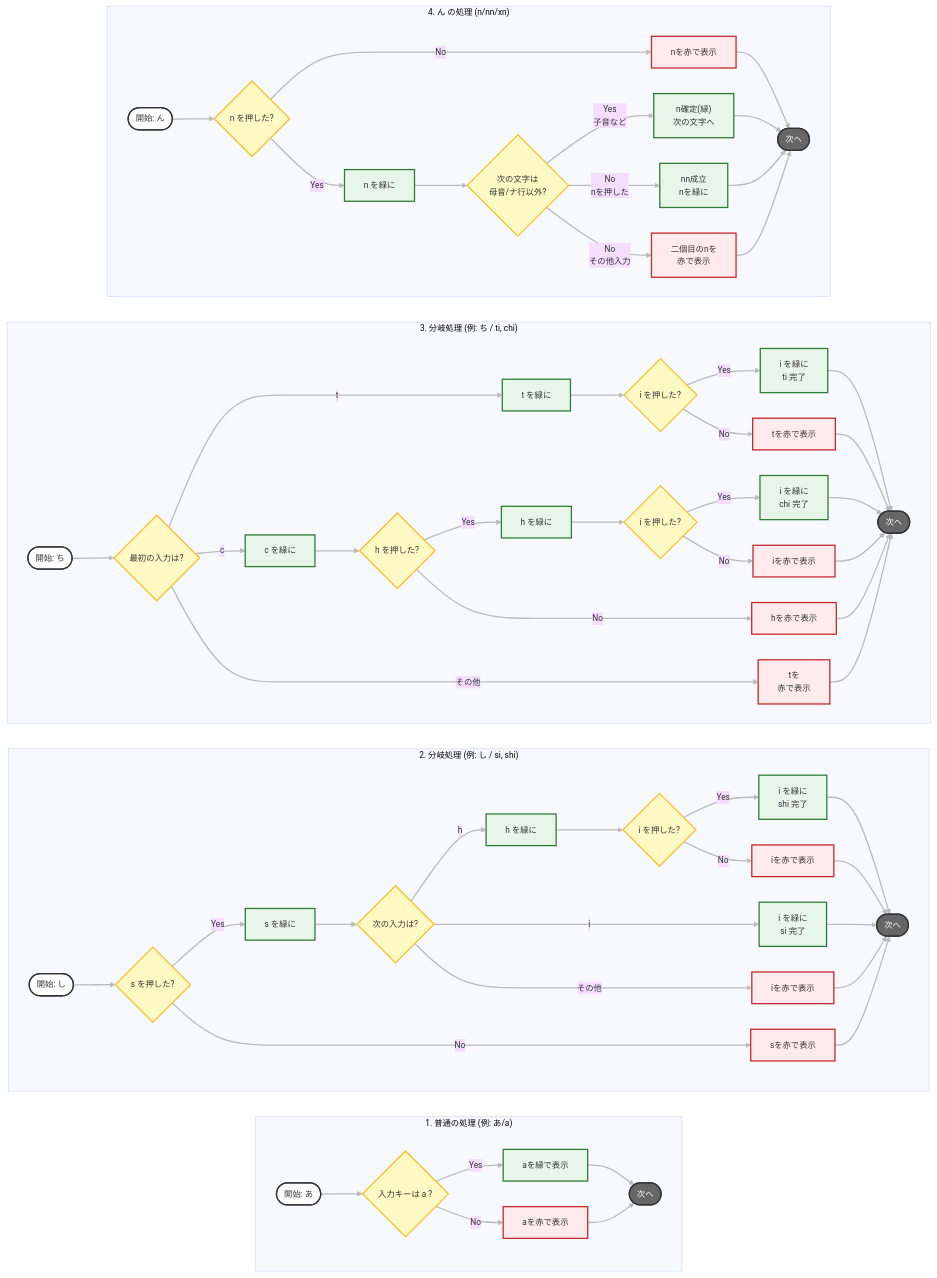
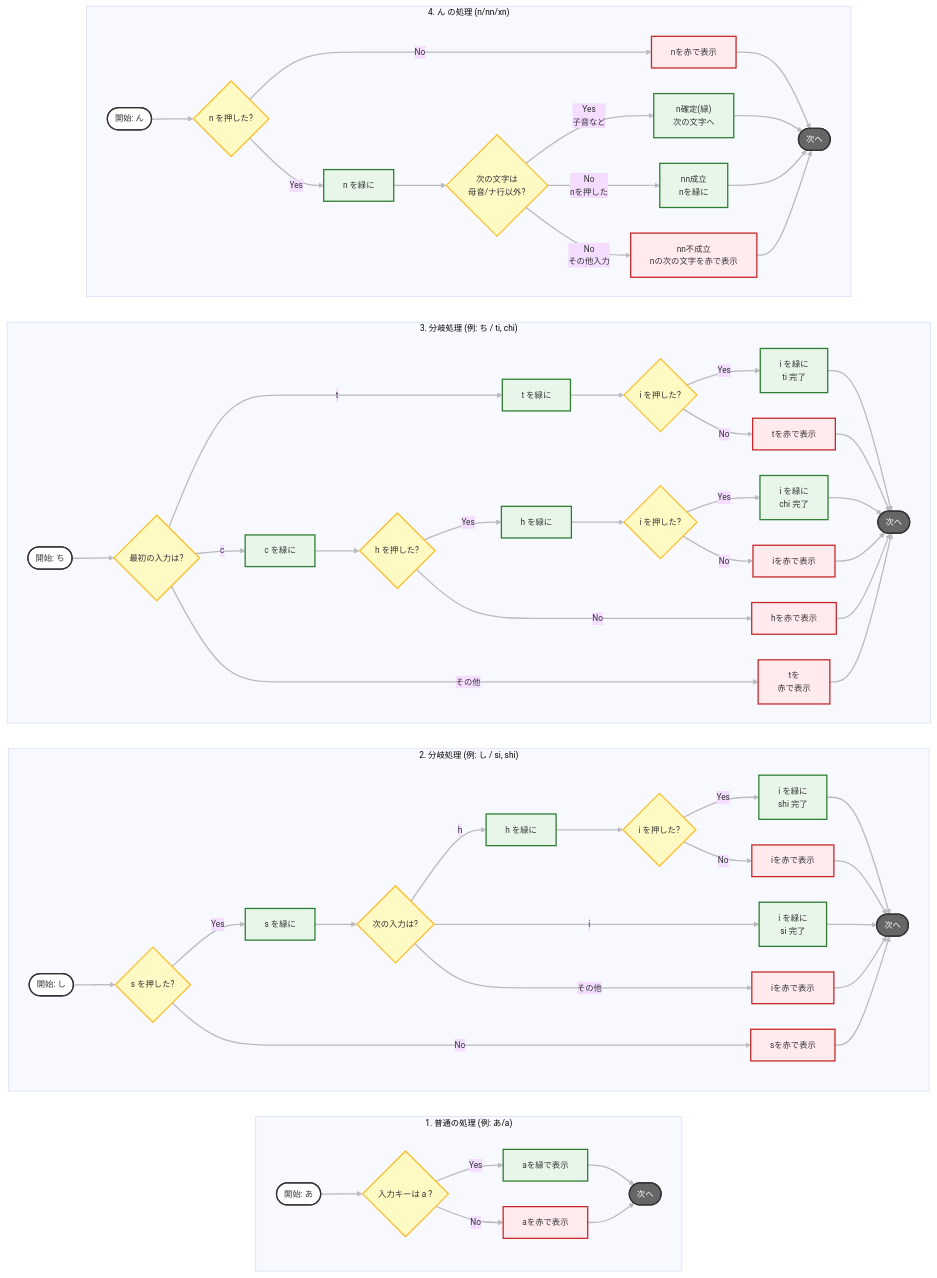
The third of 6 diagrams in documents/Typing_Document.md (mori-3-desu/Typing-game), drawn with Mermaid before and after one commit. The commit also changed other lines of this file and 22 other files, not shown here.

```diff
--- a/documents/Typing_Document.md
+++ b/documents/Typing_Document.md
@@ -160,7 +160,7 @@
     %% デザイン定義
     classDef default fill:#ffffff,stroke:#333,stroke-width:2px;
 
-    %% === 【ここを変更しました】ひし形（判定）を黄色に変更 ===
+    %% === ひし形（判定）を黄色に変更 ===
     classDef decision fill:#fff9c4,stroke:#fbc02d,stroke-width:2px;
 
     %% 成功（緑）のスタイル定義
@@ -317,7 +317,7 @@
         class Green_N2 process
 
         %% 2文字目ミス
-        Check_Next -- "No <br>その他入力" --> Error_N2[二個目のnを<br/>赤で表示]
+        Check_Next -- "No <br>その他入力" --> Error_N2[nn不成立<br/>nの次の文字を赤で表示]
         class Error_N2 error
 
         %% 全ルート合流地点
```
